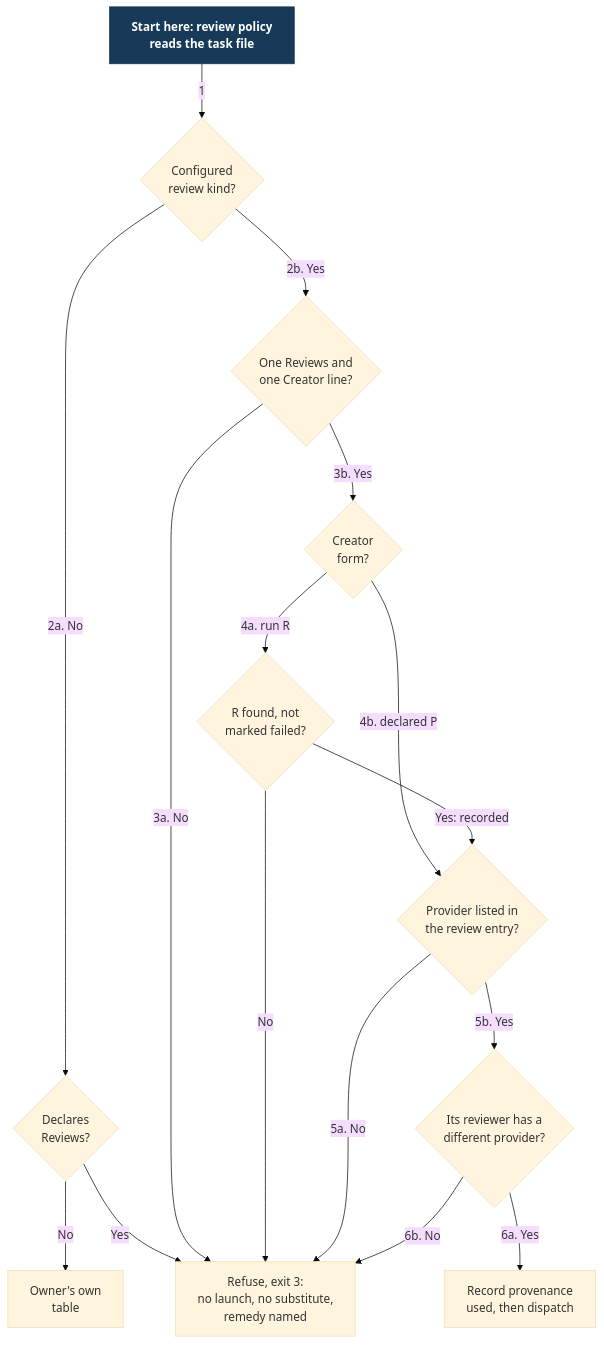
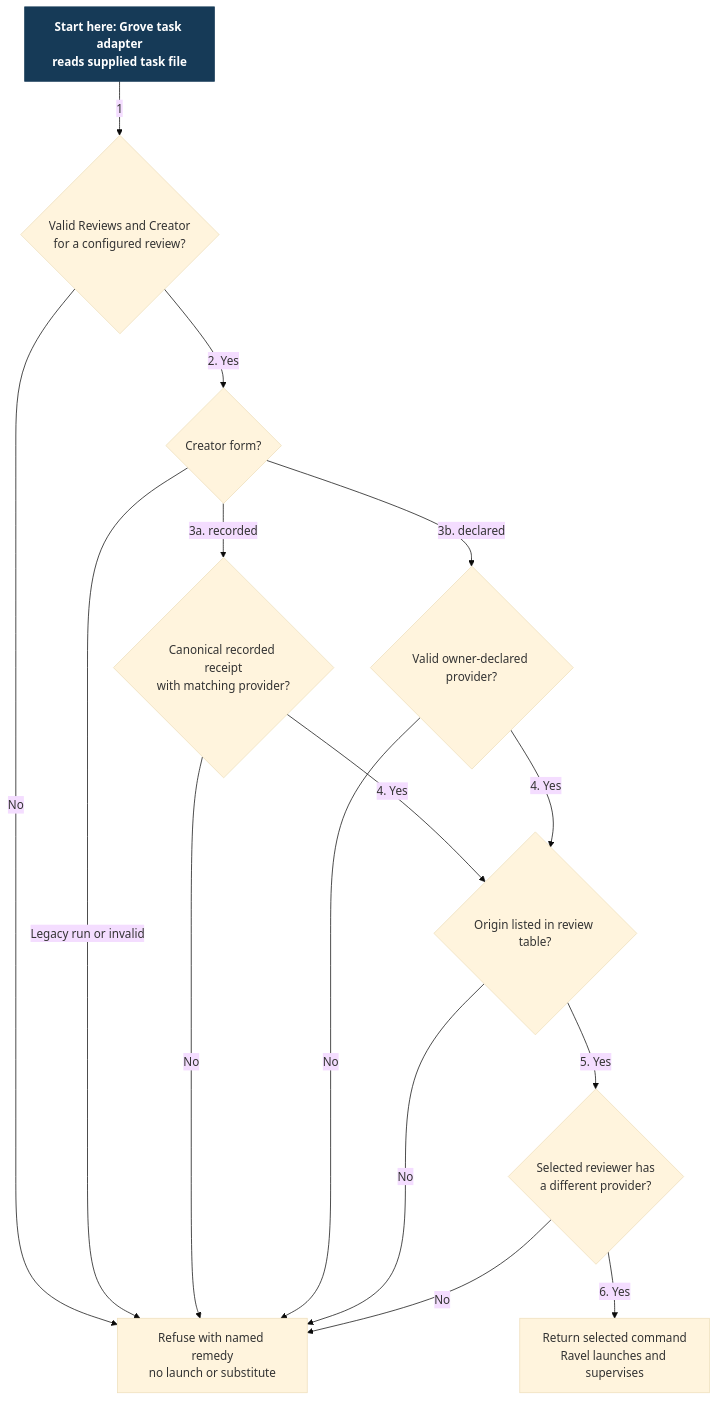
Before and after one commit to Linkuistics/grove: the diagram in docs/design/harness-selection-and-execution/creator.mmd, drawn with Mermaid (base theme). The commit also changed 18 other files, not shown here.

Commit message:
grove-ravel-caller-views-k56: reconcile caller spec and views; decompose grove-ravel-docs-k12

```diff
--- a/docs/design/harness-selection-and-execution/creator.mmd
+++ b/docs/design/harness-selection-and-execution/creator.mmd
@@ -1,28 +1,31 @@
 flowchart TB
-  Start["Start here: review policy\nreads the task file"]:::start
-  Kind{"Configured\nreview kind?"}
-  Decl{"Declares\nReviews?"}
-  Plain["Owner's own\ntable"]
-  Line{"One Reviews and\none Creator line?"}
-  Form{"Creator\nform?"}
-  Run{"R found, not\nmarked failed?"}
-  Member{"Provider listed in\nthe review entry?"}
-  Choice{"Its reviewer has a\ndifferent provider?"}
-  Dispatch["Record provenance\nused, then dispatch"]
-  Refuse["Refuse, exit 3:\nno launch, no substitute,\nremedy named"]
-  Start -->|"1"| Kind
-  Kind -->|"2a. No"| Decl
-  Decl -->|"No"| Plain
-  Decl -->|"Yes"| Refuse
-  Kind -->|"2b. Yes"| Line
-  Line -->|"3a. No"| Refuse
-  Line -->|"3b. Yes"| Form
-  Form -->|"4a. run R"| Run
-  Form -->|"4b. declared P"| Member
-  Run -->|"No"| Refuse
-  Run -->|"Yes: recorded"| Member
-  Member -->|"5a. No"| Refuse
-  Member -->|"5b. Yes"| Choice
-  Choice -->|"6a. Yes"| Dispatch
-  Choice -->|"6b. No"| Refuse
+  Start["Start here: Grove task adapter
+reads supplied task file"]:::start
+  Lines{"Valid Reviews and Creator
+for a configured review?"}
+  Form{"Creator form?"}
+  Receipt{"Canonical recorded receipt
+with matching provider?"}
+  Declared{"Valid owner-declared provider?"}
+  Route{"Origin listed in review table?"}
+  Different{"Selected reviewer has
+a different provider?"}
+  Selected["Return selected command
+Ravel launches and supervises"]
+  Refuse["Refuse with named remedy
+no launch or substitute"]
+  Start -->|"1"| Lines
+  Lines -->|"No"| Refuse
+  Lines -->|"2. Yes"| Form
+  Form -->|"3a. recorded"| Receipt
+  Form -->|"3b. declared"| Declared
+  Form -->|"Legacy run or invalid"| Refuse
+  Receipt -->|"No"| Refuse
+  Declared -->|"No"| Refuse
+  Receipt -->|"4. Yes"| Route
+  Declared -->|"4. Yes"| Route
+  Route -->|"No"| Refuse
+  Route -->|"5. Yes"| Different
+  Different -->|"No"| Refuse
+  Different -->|"6. Yes"| Selected
   classDef start fill:#163a57,color:#fff,stroke:#163a57,font-weight:bold
```
